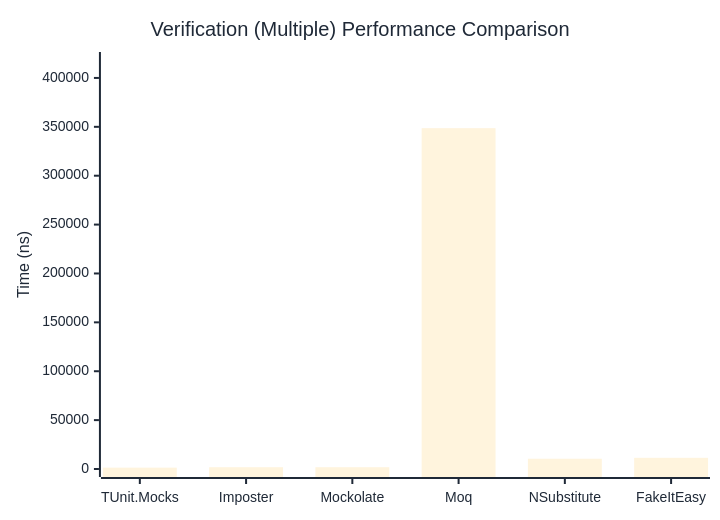
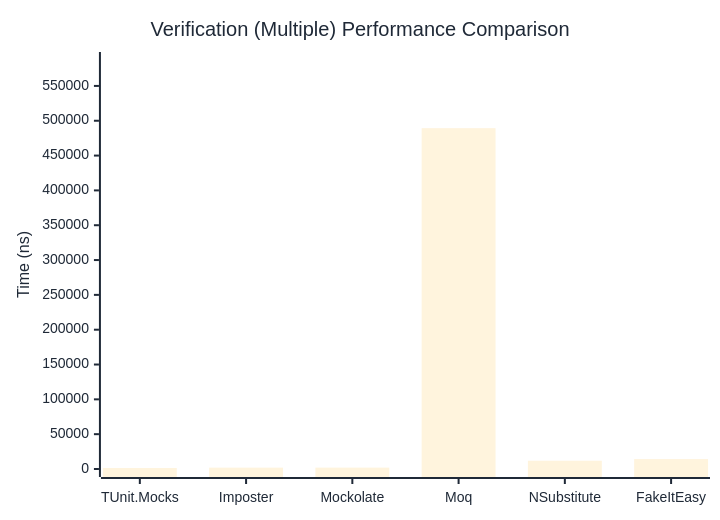
One commit to thomhurst/TUnit changed the third of 3 diagrams in docs/docs/benchmarks/mocks/Verification.md. Above: the diagram before and after it, drawn with Mermaid. The commit also changed other lines of this file and 14 other files, not shown here.

````diff
--- a/docs/docs/benchmarks/mocks/Verification.md
+++ b/docs/docs/benchmarks/mocks/Verification.md
@@ -110,27 +110,27 @@
 ```mermaid
 %%{init: {
   'theme':'base',
   'themeVariables': {
     'primaryColor': '#2563eb',
     'primaryTextColor': '#1f2937',
     'primaryBorderColor': '#1e40af',
     'lineColor': '#6b7280',
     'secondaryColor': '#7c3aed',
     'tertiaryColor': '#dc2626',
     'background': '#ffffff',
     'pie1': '#2563eb',
     'pie2': '#7c3aed',
     'pie3': '#dc2626',
     'pie4': '#f59e0b',
     'pie5': '#10b981',
     'pie6': '#06b6d4',
     'pie7': '#ec4899',
     'pie8': '#6366f1'
   }
 }}%%
 xychart-beta
   title "Verification (Multiple) Performance Comparison"
   x-axis ["TUnit.Mocks", "Imposter", "Mockolate", "Moq", "NSubstitute", "FakeItEasy"]
-  y-axis "Time (ns)" 0 --> 418351
-  bar [1391.49, 1819.03, 1818.48, 348625.17, 10511.76, 11426.09]
+  y-axis "Time (ns)" 0 --> 587220
+  bar [1422.94, 1965.26, 1971.31, 489349.29, 11883.82, 14258.17]
 ```
````
